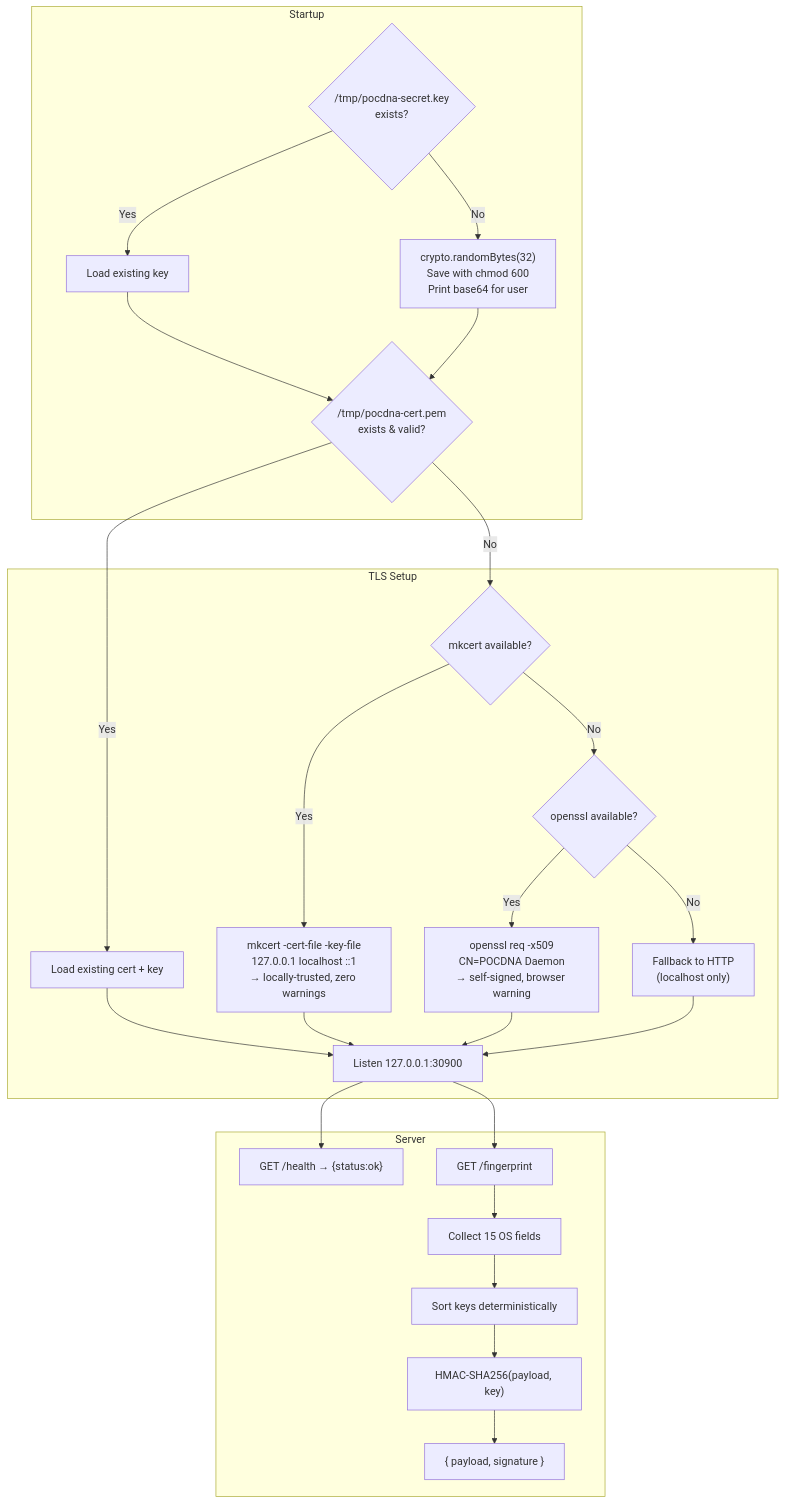
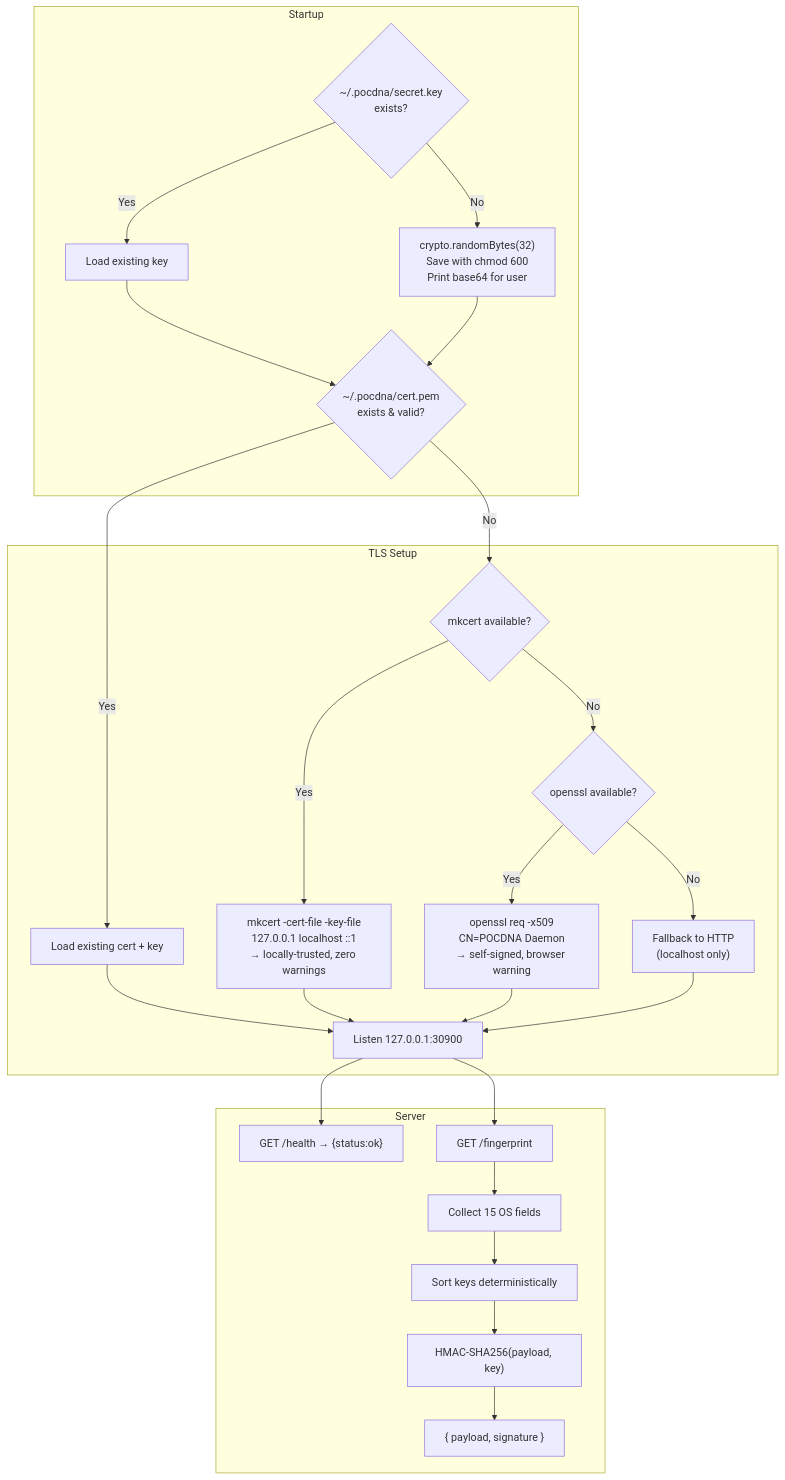
The fourth of 5 diagrams in docs/architecture.md (andermoreira/dna), drawn with Mermaid before and after one commit. The commit also changed other lines of this file and 27 other files, not shown here.

````diff
--- a/docs/architecture.md
+++ b/docs/architecture.md
@@ -184,34 +195,34 @@
 ```mermaid
 flowchart TD
     subgraph Startup
-        Key{"/tmp/pocdna-secret.key\nexists?"}
+        Key{"~/.pocdna/secret.key\nexists?"}
         Key -->|"Yes"| Load["Load existing key"]
         Key -->|"No"| Gen["crypto.randomBytes(32)\nSave with chmod 600\nPrint base64 for user"]
         Load --> CertCheck
         Gen --> CertCheck
     end
 
     subgraph TLS["TLS Setup"]
-        CertCheck{"/tmp/pocdna-cert.pem\nexists & valid?"}
+        CertCheck{"~/.pocdna/cert.pem\nexists & valid?"}
         CertCheck -->|"Yes"| LoadCert["Load existing cert + key"]
         CertCheck -->|"No"| Mkcert{"mkcert available?"}
         Mkcert -->|"Yes"| GenMkcert["mkcert -cert-file -key-file\n127.0.0.1 localhost ::1\n→ locally-trusted, zero warnings"]
         Mkcert -->|"No"| OpenSSL{"openssl available?"}
         OpenSSL -->|"Yes"| GenCert["openssl req -x509\nCN=POCDNA Daemon\n→ self-signed, browser warning"]
         OpenSSL -->|"No"| Fallback["Fallback to HTTP\n(localhost only)"]
         LoadCert --> Listen
         GenMkcert --> Listen
         GenCert --> Listen
         Fallback --> Listen
     end
 
     subgraph Server
         Listen["Listen 127.0.0.1:30900"]
         Listen --> Health["GET /health → {status:ok}"]
         Listen --> FP["GET /fingerprint"]
         FP --> Collect["Collect 15 OS fields"]
         Collect --> Sort["Sort keys deterministically"]
         Sort --> Sign["HMAC-SHA256(payload, key)"]
         Sign --> Respond["{ payload, signature }"]
     end
 ```
````
